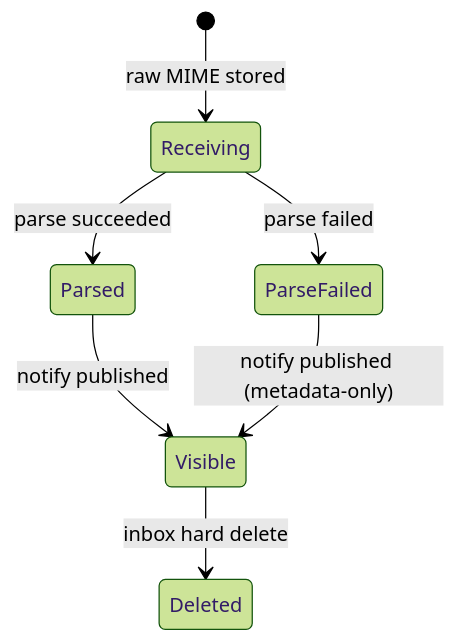
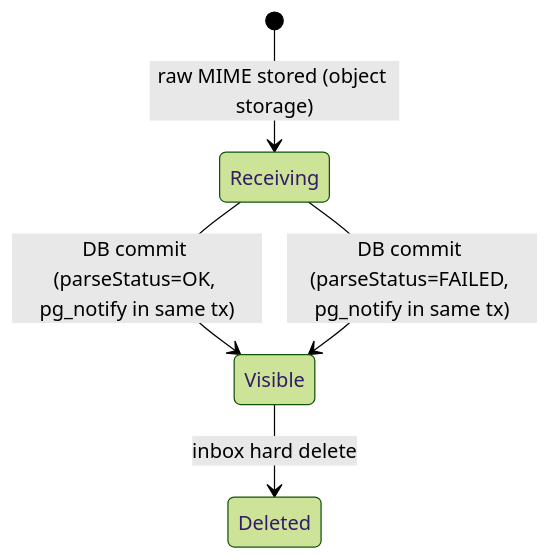
Before and after one commit to yannisyoussef/testinbox: the second of 2 diagrams in docs/architecture/message-lifecycle.md, drawn with Mermaid (forest theme). The commit also changed other lines of this file and 31 other files, not shown here.

````diff
--- a/docs/architecture/message-lifecycle.md
+++ b/docs/architecture/message-lifecycle.md
@@ -35,9 +39,7 @@
 ```mermaid
 stateDiagram-v2
-    [*] --> Receiving: raw MIME stored
-    Receiving --> Parsed: parse succeeded
-    Receiving --> ParseFailed: parse failed
-    Parsed --> Visible: notify published
-    ParseFailed --> Visible: notify published (metadata-only)
+    [*] --> Receiving: raw MIME stored (object storage)
+    Receiving --> Visible: DB commit (parseStatus=OK, pg_notify in same tx)
+    Receiving --> Visible: DB commit (parseStatus=FAILED, pg_notify in same tx)
     Visible --> Deleted: inbox hard delete
 ```
````
